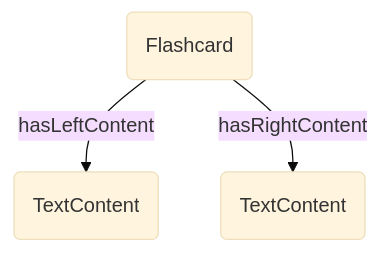
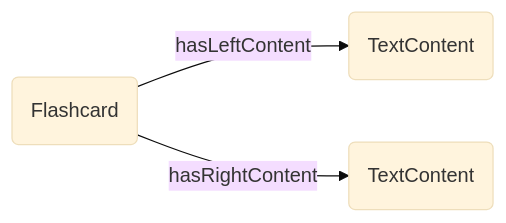
Before and after one commit to Explik/diybirdyapp: the third of 10 diagrams in docs/graph-representation.md, drawn with Mermaid (base theme). The commit also changed other lines of this file, not shown here.

Commit message:
Updating graph representation prior to development

````diff
--- a/docs/graph-representation.md
+++ b/docs/graph-representation.md
@@ -30,9 +30,9 @@
 ```mermaid
-graph TB
+graph LR
 V1(Flashcard)
 V2(TextContent)
 V3(TextContent)
 
 V1--hasLeftContent-->V2
 V1--hasRightContent-->V3
 ```
````
